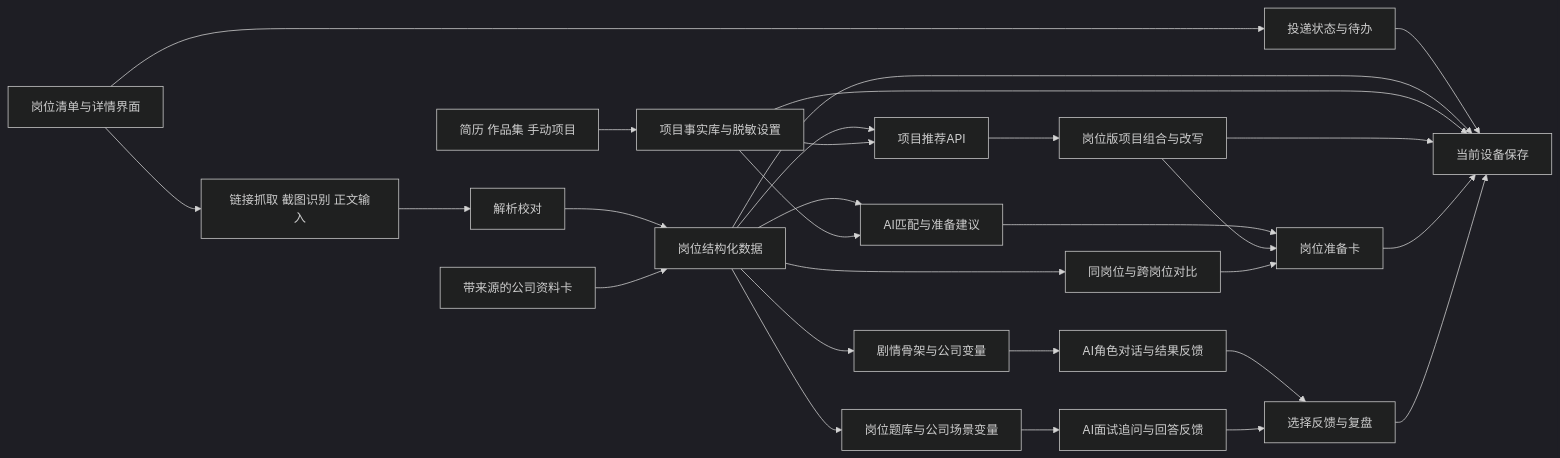
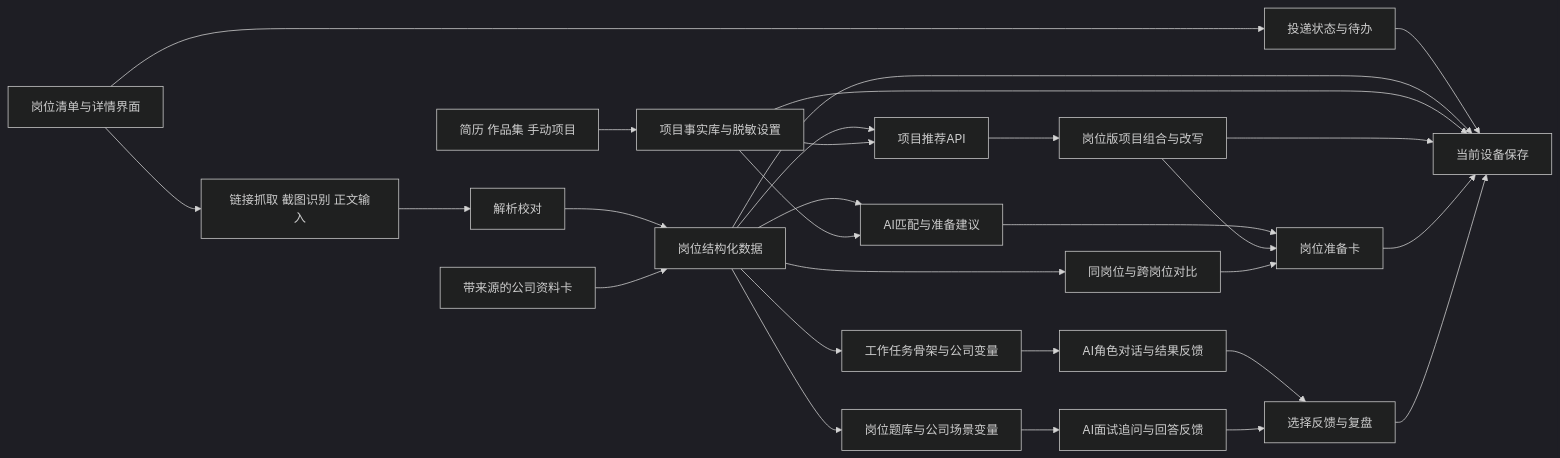
Before and after one commit to Eunomio/JDtool: the diagram in PRD-岗位探索与求职准备助手.md, drawn with Mermaid (dark theme). The commit also changed other lines of this file and 34 other files, not shown here.

````diff
--- a/PRD-岗位探索与求职准备助手.md
+++ b/PRD-岗位探索与求职准备助手.md
@@ -133,30 +138,30 @@
 ```mermaid
 flowchart LR
     U[岗位清单与详情界面] --> I[链接抓取 截图识别 正文输入]
     I --> V[解析校对]
     V --> S[岗位结构化数据]
     C[带来源的公司资料卡] --> S
     B[简历 作品集 手动项目] --> K[项目事实库与脱敏设置]
     U --> T[投递状态与待办]
     S --> A[AI匹配与准备建议]
     K --> A
     S --> J[项目推荐API]
     K --> J
     J --> O[岗位版项目组合与改写]
     S --> D[同岗位与跨岗位对比]
-    S --> G[剧情骨架与公司变量]
+    S --> G[工作任务骨架与公司变量]
     S --> Q[岗位题库与公司场景变量]
     G --> N[AI角色对话与结果反馈]
     Q --> M[AI面试追问与回答反馈]
     A --> R[岗位准备卡]
     O --> R
     D --> R
     N --> F[选择反馈与复盘]
     M --> F
     T --> P[当前设备保存]
     S --> P
     K --> P
     O --> P
     R --> P
     F --> P
 ```
````
